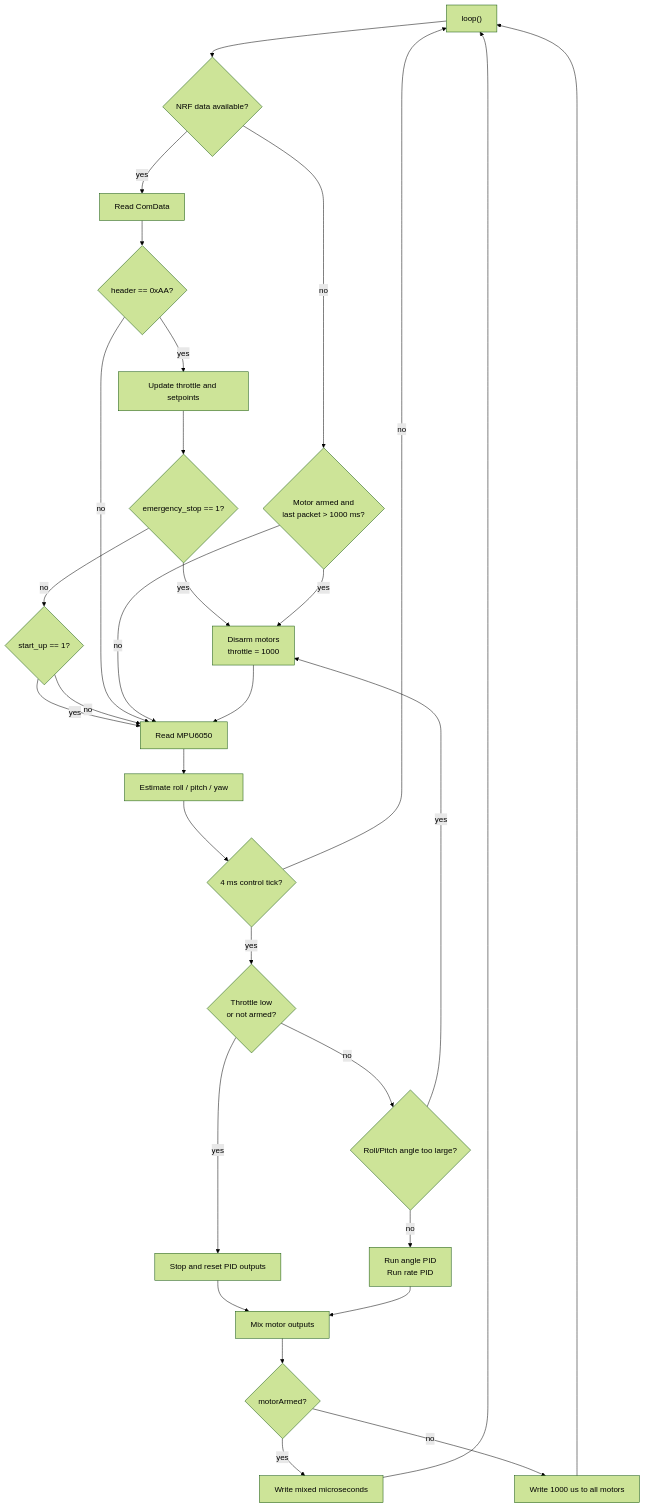
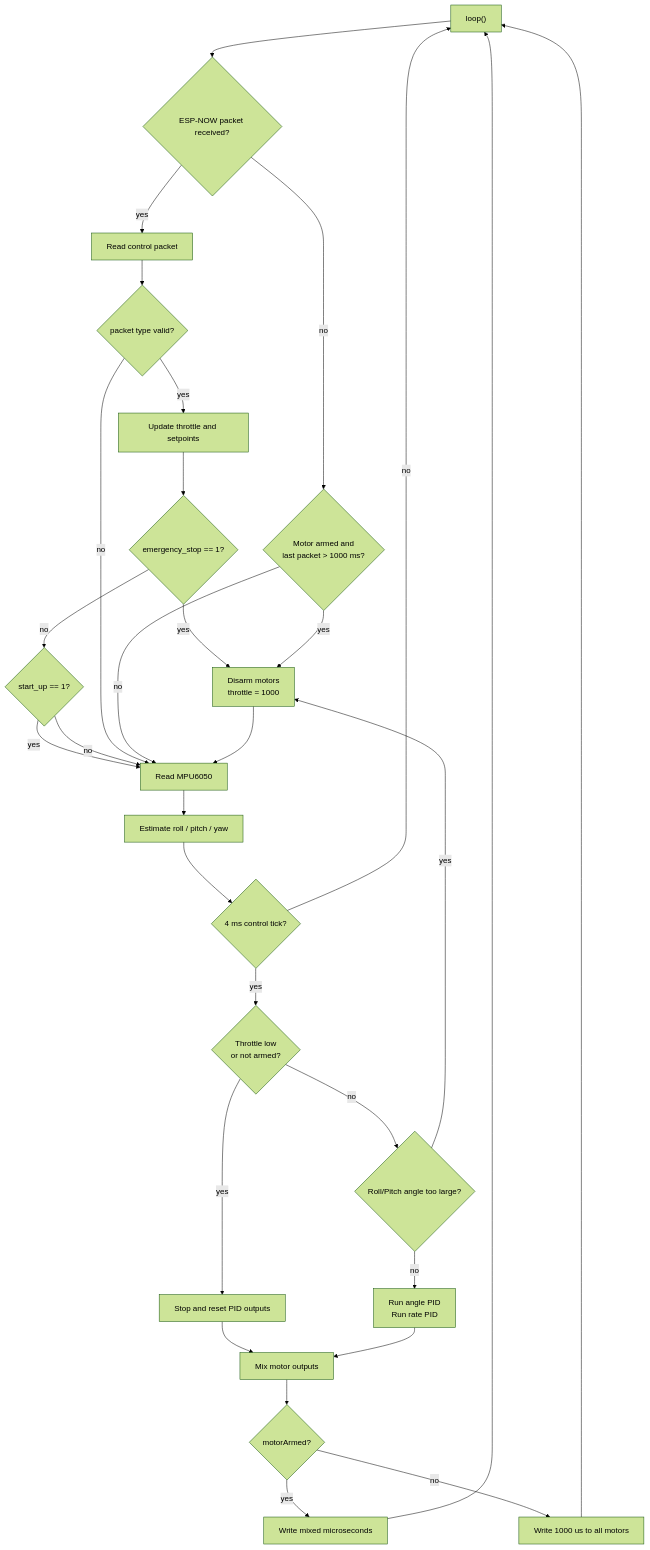
The fourth of 5 diagrams in docs/architecture.md (citycafe578/esp32Drone), drawn with Mermaid (forest theme) before and after one commit. The commit also changed other lines of this file and 26 other files, not shown here.

````diff
--- a/docs/architecture.md
+++ b/docs/architecture.md
@@ -101,55 +101,55 @@
 ```mermaid
 flowchart TD
     Start["loop()"]
-    RadioCheck{"NRF data available?"}
-    ReadPacket["Read ComData"]
-    HeaderCheck{"header == 0xAA?"}
+    RadioCheck{"ESP-NOW packet received?"}
+    ReadPacket["Read control packet"]
+    HeaderCheck{"packet type valid?"}
     UpdateControl["Update throttle and setpoints"]
     Emergency{"emergency_stop == 1?"}
     Arm{"start_up == 1?"}
     SignalLost{"Motor armed and<br/>last packet > 1000 ms?"}
     Disarm["Disarm motors<br/>throttle = 1000"]
     Sensors["Read MPU6050"]
     Estimate["Estimate roll / pitch / yaw"]
     ControlTick{"4 ms control tick?"}
     SafeState{"Throttle low<br/>or not armed?"}
     AngleLimit{"Roll/Pitch angle too large?"}
     ResetPID["Stop and reset PID outputs"]
     RunPID["Run angle PID<br/>Run rate PID"]
     MixMotors["Mix motor outputs"]
     WriteMotors{"motorArmed?"}
     ArmedOutput["Write mixed microseconds"]
     IdleOutput["Write 1000 us to all motors"]
 
     Start --> RadioCheck
     RadioCheck -- yes --> ReadPacket
     ReadPacket --> HeaderCheck
     HeaderCheck -- yes --> UpdateControl
     UpdateControl --> Emergency
     Emergency -- yes --> Disarm
     Emergency -- no --> Arm
     Arm -- yes --> Sensors
     Arm -- no --> Sensors
     HeaderCheck -- no --> Sensors
 
     RadioCheck -- no --> SignalLost
     SignalLost -- yes --> Disarm
     SignalLost -- no --> Sensors
     Disarm --> Sensors
 
     Sensors --> Estimate
     Estimate --> ControlTick
     ControlTick -- no --> Start
     ControlTick -- yes --> SafeState
     SafeState -- yes --> ResetPID
     SafeState -- no --> AngleLimit
     AngleLimit -- yes --> Disarm
     AngleLimit -- no --> RunPID
     ResetPID --> MixMotors
     RunPID --> MixMotors
     MixMotors --> WriteMotors
     WriteMotors -- yes --> ArmedOutput
     WriteMotors -- no --> IdleOutput
     ArmedOutput --> Start
     IdleOutput --> Start
 ```
````
